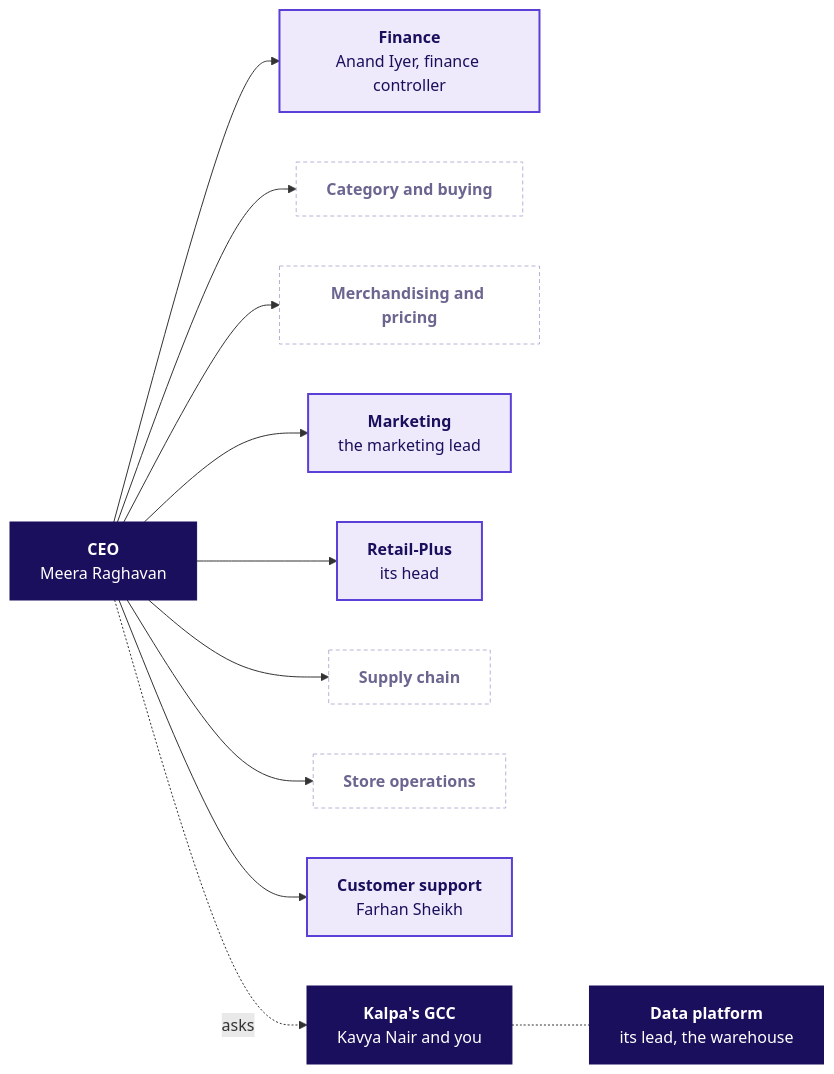
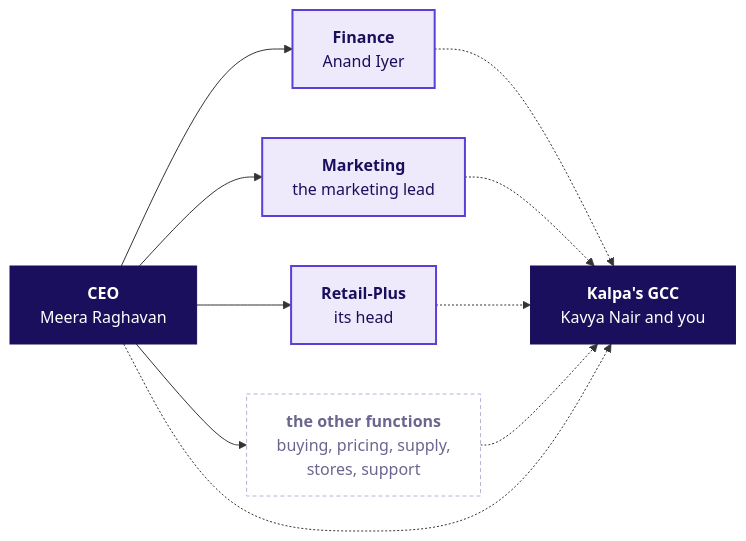
The fifth of 7 diagrams in content/W01/D1/trainer/C2_W01_D01_domain_story_TRAINER.md (fde-academy-lab/c2-content-factory), drawn with Mermaid before and after one commit. The commit also changed other lines of this file, not shown here.

````diff
--- a/content/W01/D1/trainer/C2_W01_D01_domain_story_TRAINER.md
+++ b/content/W01/D1/trainer/C2_W01_D01_domain_story_TRAINER.md
@@ -141,19 +130,15 @@
 ```mermaid
 flowchart LR
-    CEO["<b>CEO</b><br/>Meera Raghavan"] --> FIN["<b>Finance</b><br/>Anand Iyer, finance controller"]
-    CEO --> CAT["<b>Category and buying</b>"]
-    CEO --> PRI["<b>Merchandising and pricing</b>"]
+    CEO["<b>CEO</b><br/>Meera Raghavan"] --> FIN["<b>Finance</b><br/>Anand Iyer"]
     CEO --> MKT["<b>Marketing</b><br/>the marketing lead"]
     CEO --> RP["<b>Retail-Plus</b><br/>its head"]
-    CEO --> SC["<b>Supply chain</b>"]
-    CEO --> OPS["<b>Store operations</b>"]
-    CEO --> CS["<b>Customer support</b><br/>Farhan Sheikh"]
-    CEO -.->|asks| GCC["<b>Kalpa's GCC</b><br/>Kavya Nair and you"]
-    GCC -.- DP["<b>Data platform</b><br/>its lead, the warehouse"]
+    CEO --> OTH["<b>the other functions</b><br/>buying, pricing, supply,<br/>stores, support"]
+    FIN & MKT & RP & OTH -.-> GCC["<b>Kalpa's GCC</b><br/>Kavya Nair and you"]
+    CEO -.-> GCC
     classDef known fill:#EEEAFB,stroke:#5B3FD6,color:#1A0F5C,stroke-width:2px
     classDef unknown fill:#FFFFFF,stroke:#B8B2D6,color:#6B6690,stroke-dasharray:4 3
     classDef dark fill:#1A0F5C,stroke:#1A0F5C,color:#FFFFFF
-    class FIN,MKT,RP,CS known
-    class CAT,PRI,SC,OPS unknown
-    class CEO,GCC,DP dark
+    class FIN,MKT,RP known
+    class OTH unknown
+    class CEO,GCC dark
 ```
````
